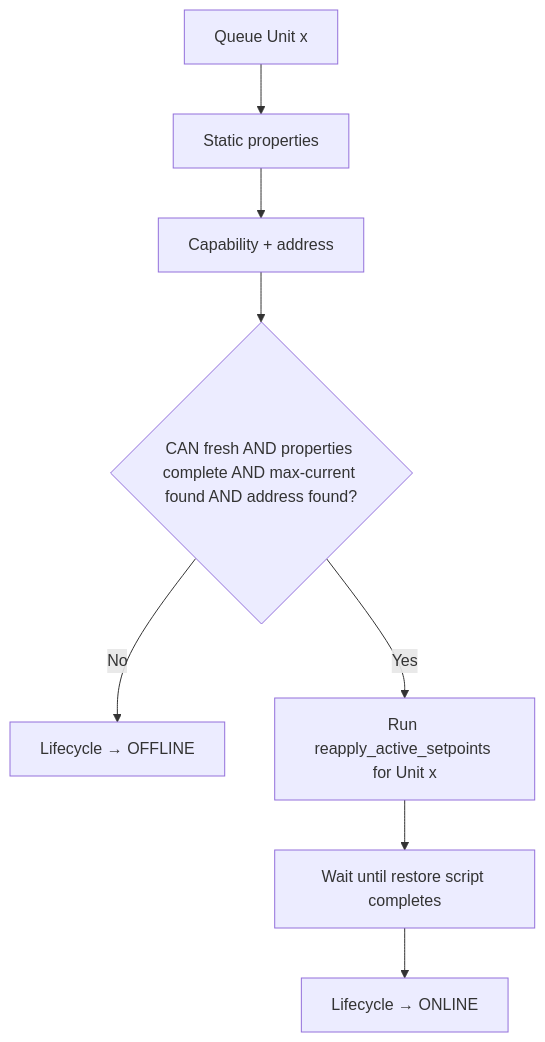
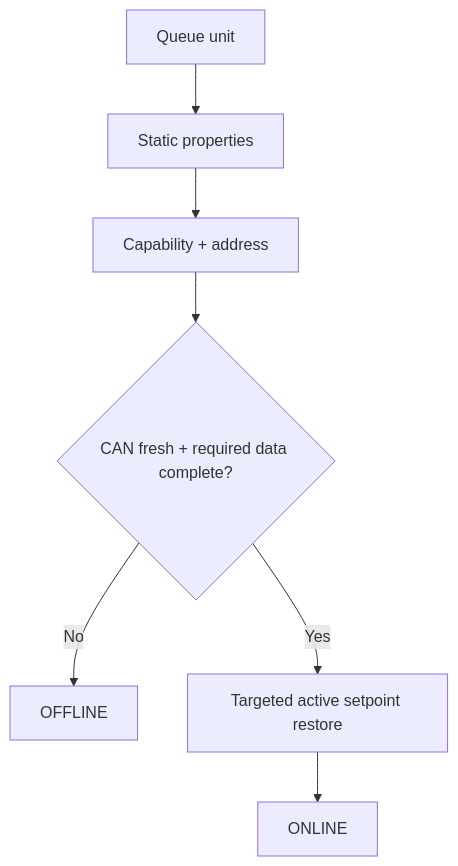
Before and after one commit to anwa/esphome-r4875g1-3phase-charger: the fourth of 4 diagrams in R4875G1_CONTROL_FLOWS.md, drawn with Mermaid. The commit also changed other lines of this file, not shown here.

Commit message:
Synchronize control flow documentation with v4.0.0

````diff
--- a/R4875G1_CONTROL_FLOWS.md
+++ b/R4875G1_CONTROL_FLOWS.md
@@ -428,10 +124,9 @@
 ```mermaid
 flowchart TD
-    A[Queue Unit x] --> B[Static properties]
+    A[Queue unit] --> B[Static properties]
     B --> C[Capability + address]
-    C --> D{CAN fresh AND properties complete AND max-current found AND address found?}
-    D -- No --> E[Lifecycle → OFFLINE]
-    D -- Yes --> F[Run reapply_active_setpoints for Unit x]
-    F --> G[Wait until restore script completes]
-    G --> H[Lifecycle → ONLINE]
+    C --> D{CAN fresh + required data complete?}
+    D -- No --> E[OFFLINE]
+    D -- Yes --> F[Targeted active setpoint restore]
+    F --> G[ONLINE]
 ```
````
